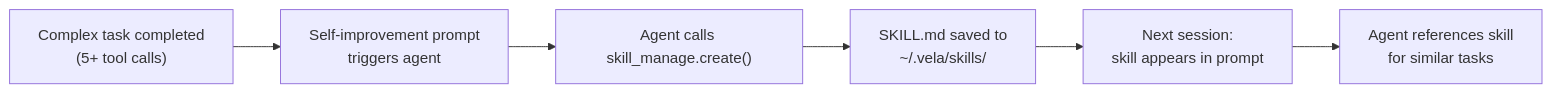
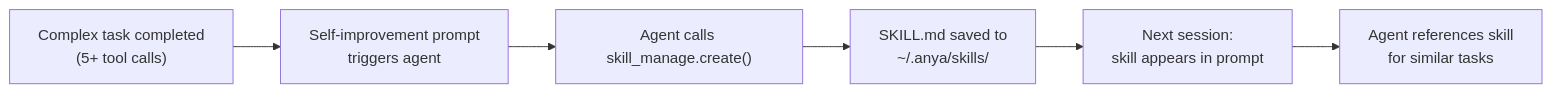
One commit to boltguo/anya changed the third of 3 diagrams in README.md. Above: the diagram before and after it, drawn with Mermaid. The commit also changed other lines of this file and 56 other files, not shown here.

Commit message:
feat: rebrand to Anya and implement comprehensive IELTS skill module structure with error taxonomy and session-linked cron scheduling.

````diff
--- a/README.md
+++ b/README.md
@@ -96,8 +96,8 @@
 ```mermaid
 flowchart LR
   A["Complex task completed<br/>(5+ tool calls)"] --> B["Self-improvement prompt<br/>triggers agent"]
   B --> C["Agent calls skill_manage.create()"]
-  C --> D["SKILL.md saved to<br/>~/.vela/skills/"]
+  C --> D["SKILL.md saved to<br/>~/.anya/skills/"]
   D --> E["Next session:<br/>skill appears in prompt"]
   E --> F["Agent references skill<br/>for similar tasks"]
 ```
````
